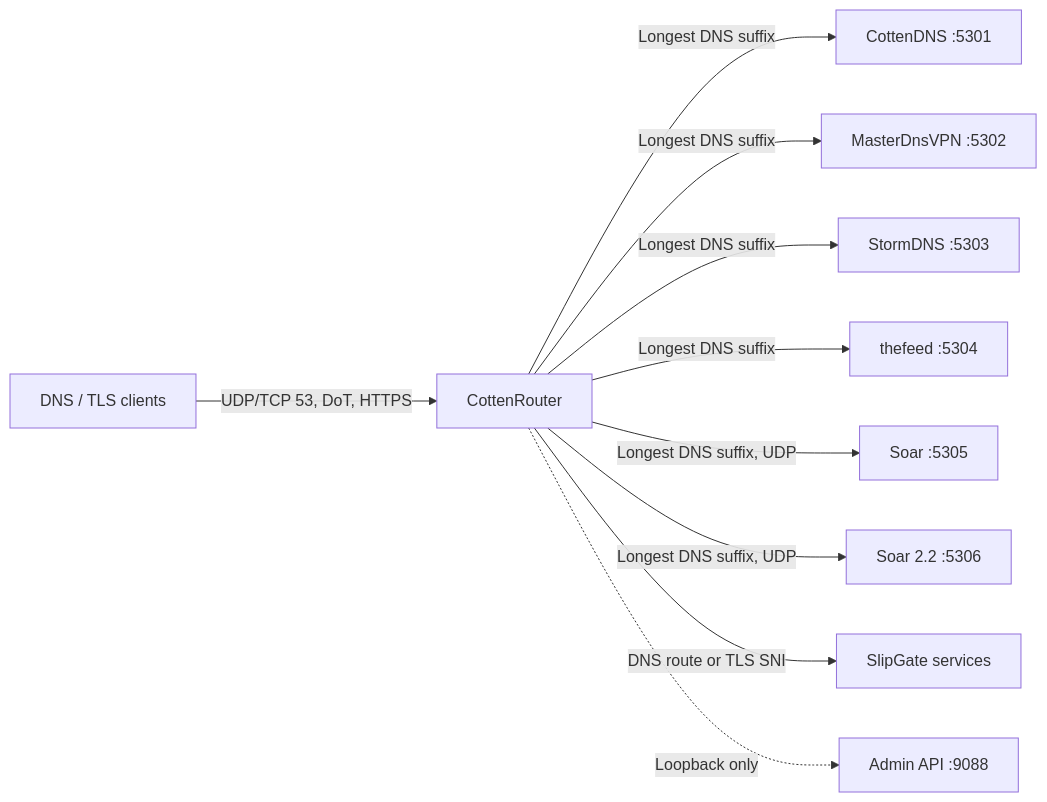
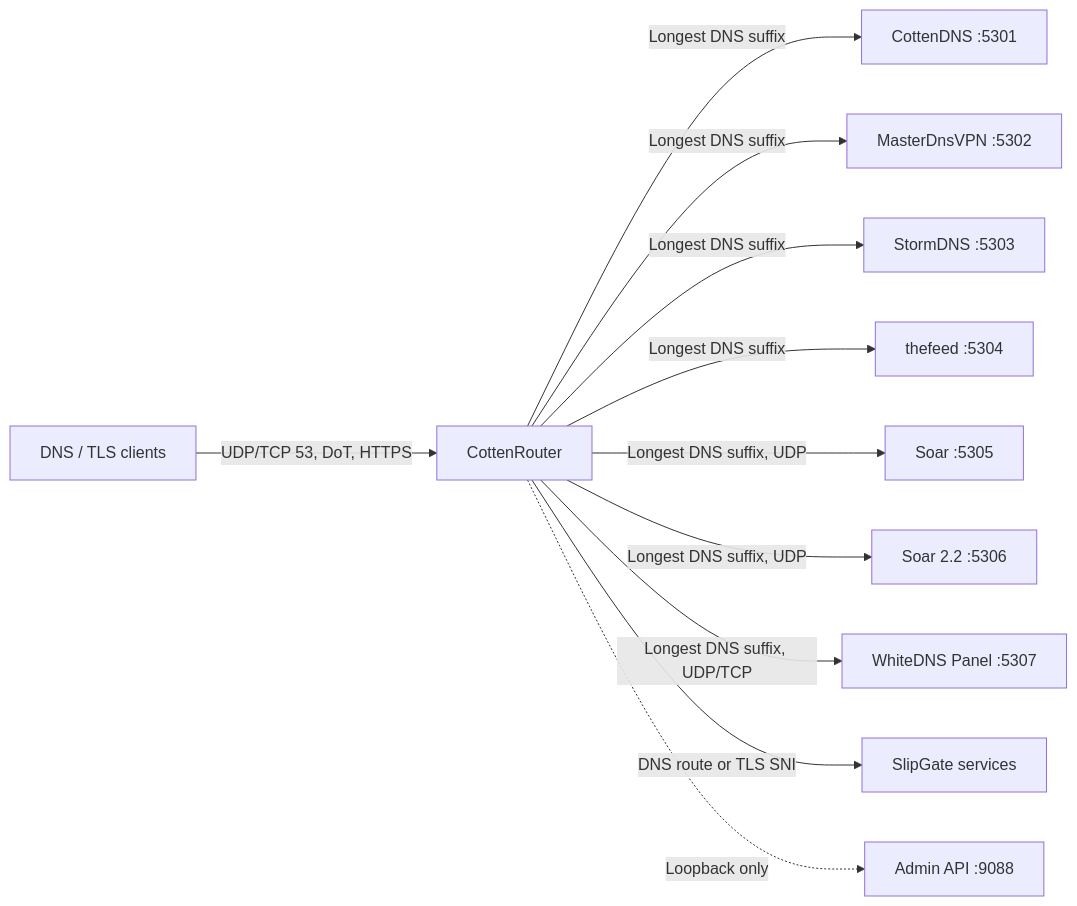
One commit to TaJirax/CottenRouter changed the first of 2 diagrams in README.md. Above: the diagram before and after it, drawn with Mermaid. The commit also changed other lines of this file and 14 other files, not shown here.

Commit message:
Add independently updated WhiteDNS Panel alongside older Soar 2.2

````diff
--- a/README.md
+++ b/README.md
@@ -38,12 +38,13 @@
 ```mermaid
 flowchart LR
     C[DNS / TLS clients] -->|UDP/TCP 53, DoT, HTTPS| R[CottenRouter]
     R -->|Longest DNS suffix| D1[CottenDNS :5301]
     R -->|Longest DNS suffix| D2[MasterDnsVPN :5302]
     R -->|Longest DNS suffix| D3[StormDNS :5303]
     R -->|Longest DNS suffix| D4[thefeed :5304]
     R -->|Longest DNS suffix, UDP| D6[Soar :5305]
     R -->|Longest DNS suffix, UDP| D7[Soar 2.2 :5306]
+    R -->|Longest DNS suffix, UDP/TCP| D8[WhiteDNS Panel :5307]
     R -->|DNS route or TLS SNI| D5[SlipGate services]
     R -.->|Loopback only| A[Admin API :9088]
 ```
````
